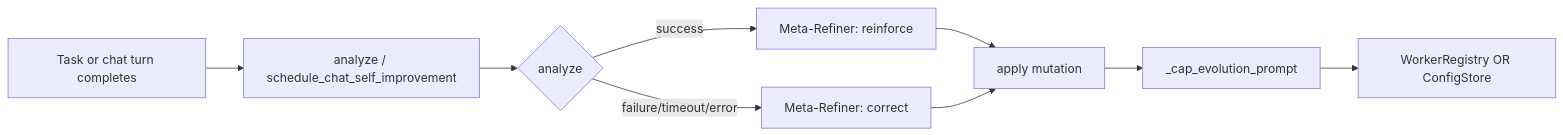
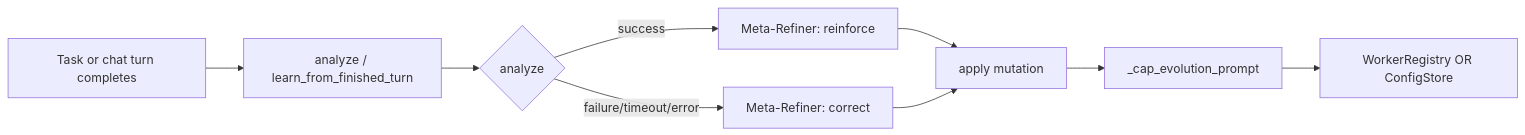
One commit to Mubder/kazma changed the diagram in docs/docs/guide/swarm-orchestration.md. Above: the diagram before and after it, drawn with Mermaid. The commit also changed other lines of this file and 98 other files, not shown here.

````diff
--- a/docs/docs/guide/swarm-orchestration.md
+++ b/docs/docs/guide/swarm-orchestration.md
@@ -686,11 +686,11 @@
 ```mermaid
 flowchart LR
-    T[Task or chat turn completes] --> SI[analyze / schedule_chat_self_improvement]
+    T[Task or chat turn completes] --> SI[analyze / learn_from_finished_turn]
     SI --> A{analyze}
     A -->|success| S[Meta-Refiner: reinforce]
     A -->|failure/timeout/error| F[Meta-Refiner: correct]
     S --> AA[apply mutation]
     F --> AA
     AA --> CP[_cap_evolution_prompt]
     CP --> WR[WorkerRegistry OR ConfigStore]
 ```
````
